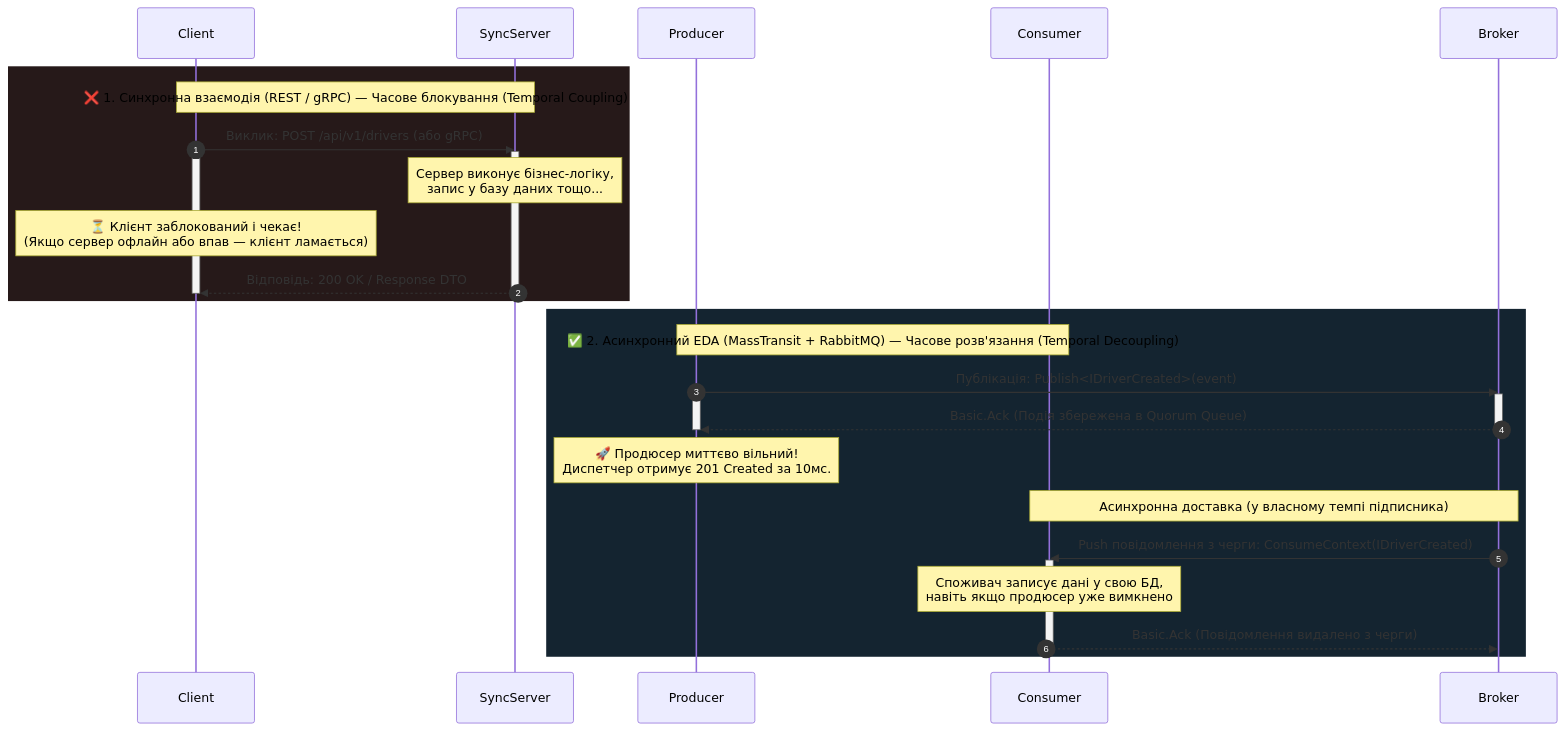
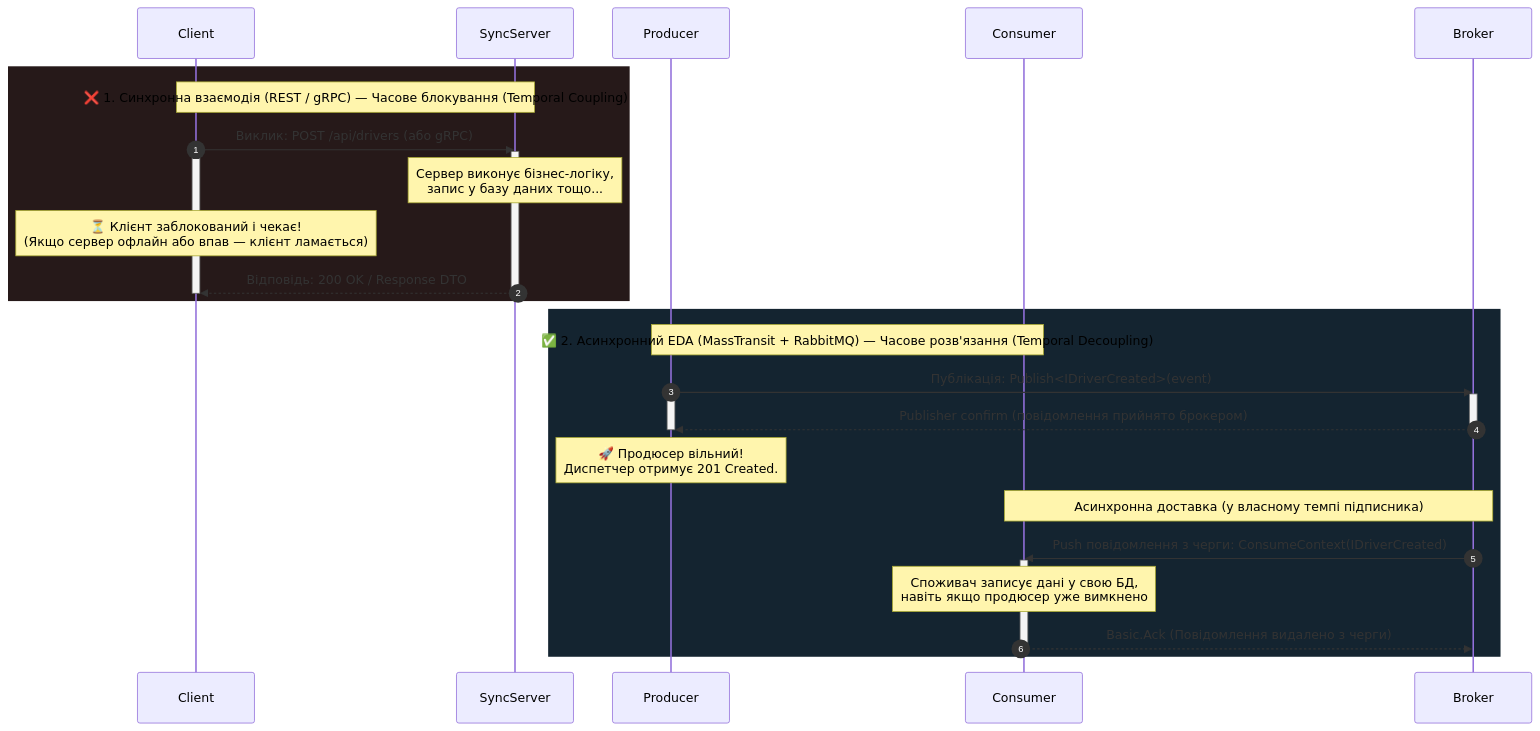
The first of 5 diagrams in 02-Microservices-Craftsman/02-02-Communication-Documentation/04_Patterns_Asynchronous_Messaging_MassTransit_RabbitMQ.md (MrTomkaYurii/Demo-CargoDeliveryService), drawn with Mermaid before and after one commit. The commit also changed other lines of this file and 227 other files, not shown here.

````diff
--- a/02-Microservices-Craftsman/02-02-Communication-Documentation/04_Patterns_Asynchronous_Messaging_MassTransit_RabbitMQ.md
+++ b/02-Microservices-Craftsman/02-02-Communication-Documentation/04_Patterns_Asynchronous_Messaging_MassTransit_RabbitMQ.md
@@ -22,34 +31,34 @@
 ```mermaid
 sequenceDiagram
     autonumber
     
     rect rgb(38, 25, 25)
         note over Client,SyncServer: ❌ 1. Синхронна взаємодія (REST / gRPC) — Часове блокування (Temporal Coupling)
-        Client->>SyncServer: Виклик: POST /api/v1/drivers (або gRPC)
+        Client->>SyncServer: Виклик: POST /api/drivers (або gRPC)
         activate Client
         activate SyncServer
         note over SyncServer: Сервер виконує бізнес-логіку,<br/>запис у базу даних тощо...
         note over Client: ⏳ Клієнт заблокований і чекає!<br/>(Якщо сервер офлайн або впав — клієнт ламається)
         SyncServer-->>Client: Відповідь: 200 OK / Response DTO
         deactivate SyncServer
         deactivate Client
     end
 
     rect rgb(20, 36, 48)
         note over Producer,Consumer: ✅ 2. Асинхронний EDA (MassTransit + RabbitMQ) — Часове розв'язання (Temporal Decoupling)
         Producer->>Broker: Публікація: Publish<IDriverCreated>(event)
         activate Producer
         activate Broker
-        Broker-->>Producer: Basic.Ack (Подія збережена в Quorum Queue)
+        Broker-->>Producer: Publisher confirm (повідомлення прийнято брокером)
         deactivate Broker
         deactivate Producer
-        note over Producer: 🚀 Продюсер миттєво вільний!<br/>Диспетчер отримує 201 Created за 10мс.
+        note over Producer: 🚀 Продюсер вільний!<br/>Диспетчер отримує 201 Created.
 
         note over Broker,Consumer: Асинхронна доставка (у власному темпі підписника)
         Broker->>Consumer: Push повідомлення з черги: ConsumeContext(IDriverCreated)
         activate Consumer
         note over Consumer: Споживач записує дані у свою БД,<br/>навіть якщо продюсер уже вимкнено
         Consumer-->>Broker: Basic.Ack (Повідомлення видалено з черги)
         deactivate Consumer
     end
 ```
````
